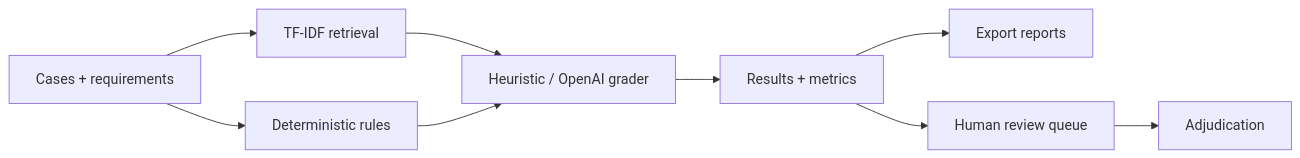
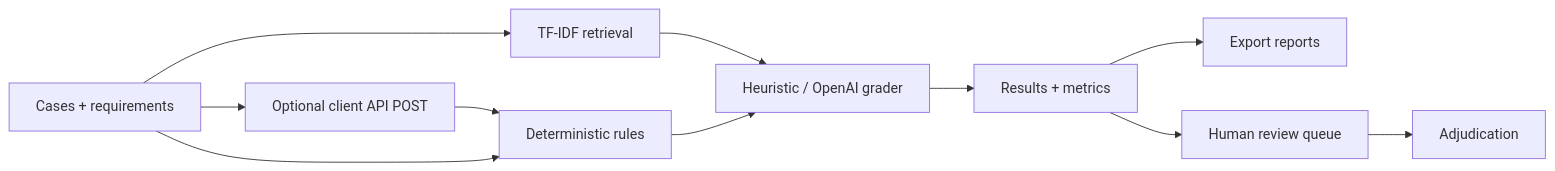
Before and after one commit to Kozphy/EvalForge: the diagram in README.md, drawn with Mermaid. The commit also changed other lines of this file and 12 other files, not shown here.

First line of the commit message:
feat: add v0.3 client API runner

````diff
--- a/README.md
+++ b/README.md
@@ -125,11 +135,13 @@
 ```mermaid
 flowchart LR
-  A[Cases + requirements] --> B[Deterministic rules]
+  A[Cases + requirements] --> R[Optional client API POST]
+  R --> B[Deterministic rules]
+  A --> B
   A --> C[TF-IDF retrieval]
   C --> D[Heuristic / OpenAI grader]
   B --> D
   D --> E[Results + metrics]
   E --> F[Export reports]
   E --> G[Human review queue]
   G --> H[Adjudication]
 ```
````
